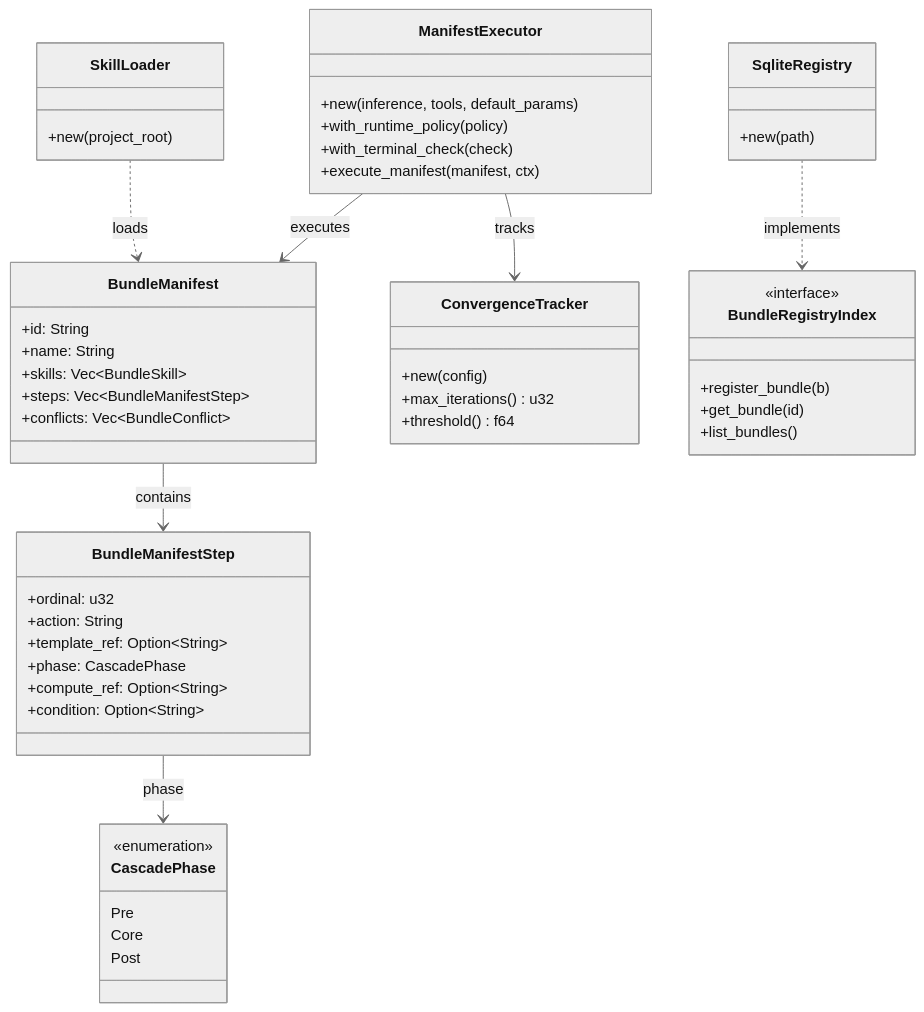
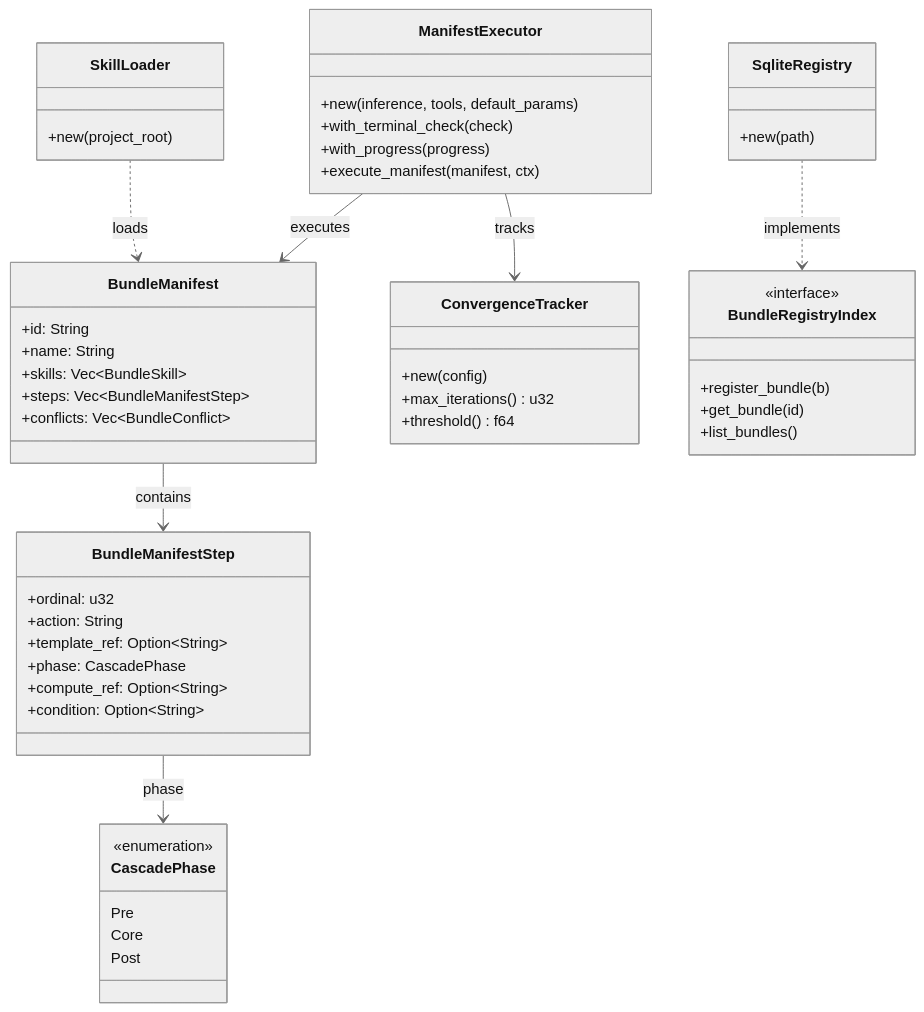
One commit to mdz-axo/zed-kask changed the diagram in kask/docs/diataxis/hkask-templates/reference.md. Above: the diagram before and after it, drawn with Mermaid (neutral theme). The commit also changed other lines of this file and 31 other files, not shown here.

````diff
--- a/kask/docs/diataxis/hkask-templates/reference.md
+++ b/kask/docs/diataxis/hkask-templates/reference.md
@@ -61,54 +61,54 @@
 ```mermaid
 classDiagram
     class BundleManifest {
         +id: String
         +name: String
         +skills: Vec~BundleSkill~
         +steps: Vec~BundleManifestStep~
         +conflicts: Vec~BundleConflict~
     }
     class BundleManifestStep {
         +ordinal: u32
         +action: String
         +template_ref: Option~String~
         +phase: CascadePhase
         +compute_ref: Option~String~
         +condition: Option~String~
     }
     class CascadePhase {
         <<enumeration>>
         Pre
         Core
         Post
     }
     class ManifestExecutor {
         +new(inference, tools, default_params)
-        +with_runtime_policy(policy)
         +with_terminal_check(check)
+        +with_progress(progress)
         +execute_manifest(manifest, ctx)
     }
     class ConvergenceTracker {
         +new(config)
         +max_iterations() u32
         +threshold() f64
     }
     class SkillLoader {
         +new(project_root)
     }
     class SqliteRegistry {
         +new(path)
     }
     class BundleRegistryIndex {
         <<interface>>
         +register_bundle(b)
         +get_bundle(id)
         +list_bundles()
     }
 
     BundleManifest --> BundleManifestStep : contains
     BundleManifestStep --> CascadePhase : phase
     ManifestExecutor --> BundleManifest : executes
     ManifestExecutor --> ConvergenceTracker : tracks
     SkillLoader ..> BundleManifest : loads
     SqliteRegistry ..> BundleRegistryIndex : implements
 ```
````
